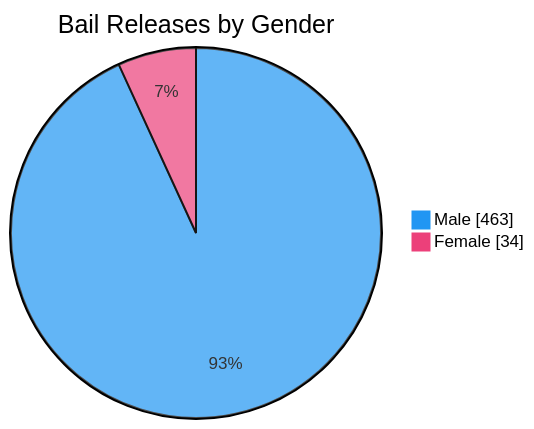
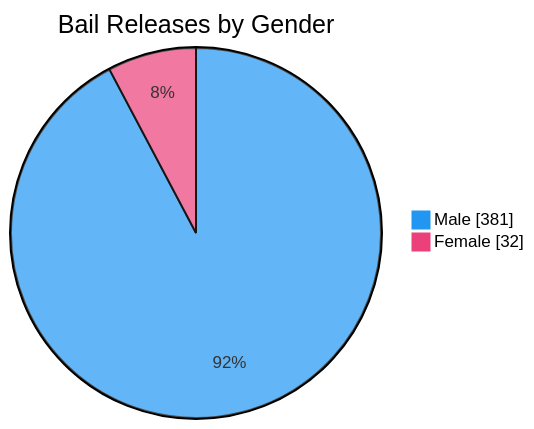
One commit to nuuuwan/lk_prisons changed the seventh of 7 diagrams in README.md. Above: the diagram before and after it, drawn with Mermaid. The commit also changed other lines of this file and 1 other file, not shown here.

````diff
--- a/README.md
+++ b/README.md
@@ -109,6 +109,6 @@
 ```mermaid
 %%{init: {'themeVariables': {'pie1': '#2196F3', 'pie2': '#EC407A'}}}%%
 pie showData title Bail Releases by Gender
-    "Male" : 463
-    "Female" : 34
+    "Male" : 381
+    "Female" : 32
 ```
````
